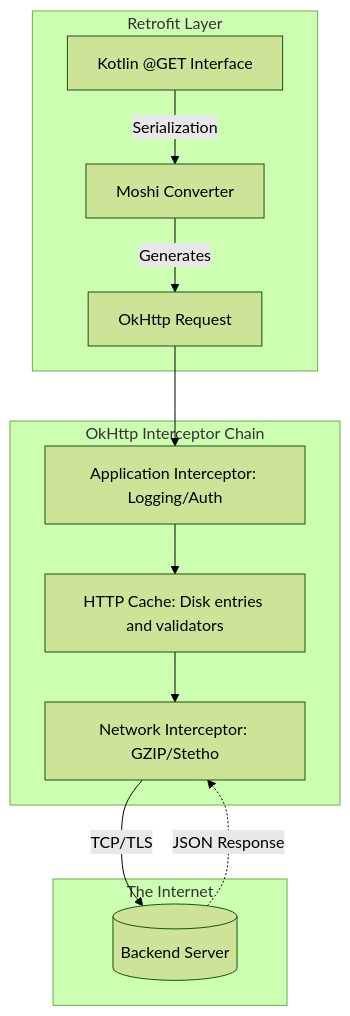
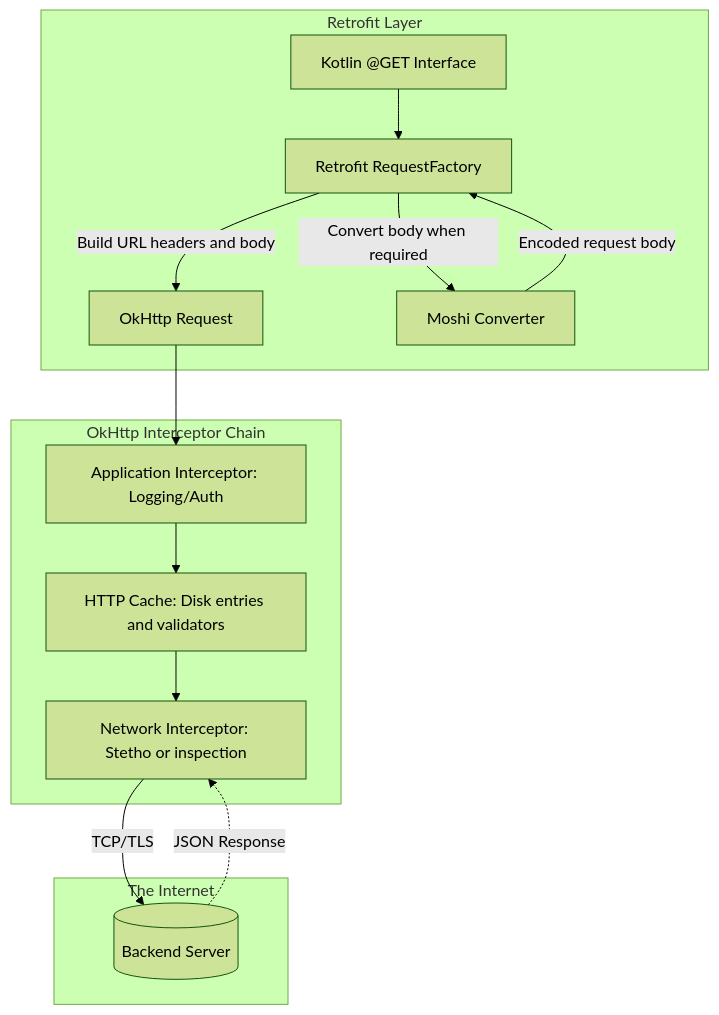
One commit to swarnsingh/android-staff-engineer-playbook-website changed the diagram in android/networking-and-security/retrofit-and-okhttp.md. Above: the diagram before and after it, drawn with Mermaid (forest theme). The commit also changed other lines of this file and 142 other files, not shown here.

````diff
--- a/android/networking-and-security/retrofit-and-okhttp.md
+++ b/android/networking-and-security/retrofit-and-okhttp.md
@@ -72,19 +79,21 @@
 ```mermaid
 graph TD
     subgraph "Retrofit Layer"
-        API[Kotlin @GET Interface] -->|Serialization| Moshi[Moshi Converter]
-        Moshi -->|Generates| Req[OkHttp Request]
+        API[Kotlin @GET Interface] --> Factory[Retrofit RequestFactory]
+        Factory -->|Build URL headers and body| Req[OkHttp Request]
+        Factory -->|Convert body when required| Moshi[Moshi Converter]
+        Moshi -->|Encoded request body| Factory
     end
     
     subgraph "OkHttp Interceptor Chain"
         Req --> AppInt[Application Interceptor: Logging/Auth]
         AppInt --> Cache[HTTP Cache: Disk entries and validators]
-        Cache --> NetInt[Network Interceptor: GZIP/Stetho]
+        Cache --> NetInt[Network Interceptor: Stetho or inspection]
     end
     
     subgraph "The Internet"
         NetInt -->|TCP/TLS| Server[(Backend Server)]
     end
     
     Server -.->|JSON Response| NetInt
 ```
````
